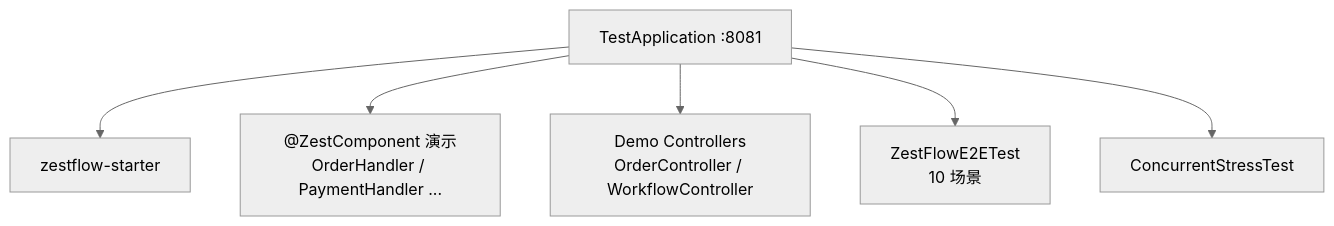
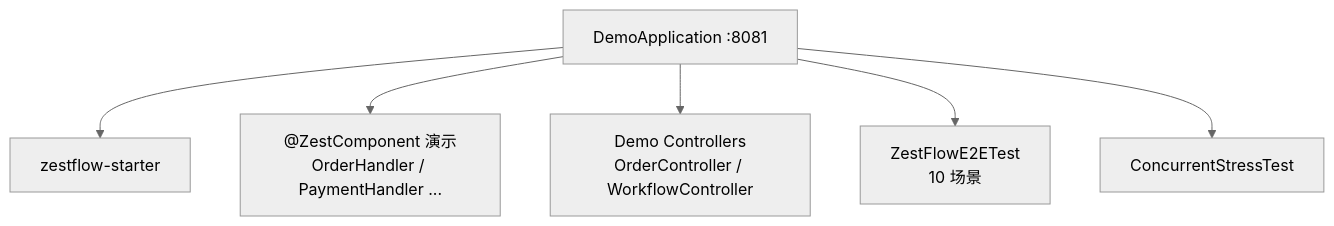
Before and after one commit to zestcc/zestflow: diagram 26 of 38 in docs/ARCHITECTURE.md, drawn with Mermaid (neutral theme). The commit also changed other lines of this file and 122 other files, not shown here.

First line of the commit message:
refactor: zestflow-executor-test 重命名为 zestflow-demo

````diff
--- a/docs/ARCHITECTURE.md
+++ b/docs/ARCHITECTURE.md
@@ -1107,9 +1107,9 @@
 ```mermaid
 graph TB
-    TA[TestApplication :8081]
+    TA[DemoApplication :8081]
     TA --> STARTER[zestflow-starter]
     TA --> DEMO["@ZestComponent 演示<br/>OrderHandler / PaymentHandler ..."]
     TA --> CTRL["Demo Controllers<br/>OrderController / WorkflowController"]
     TA --> E2E["ZestFlowE2ETest<br/>10 场景"]
     TA --> STRESS["ConcurrentStressTest"]
 ```
````
